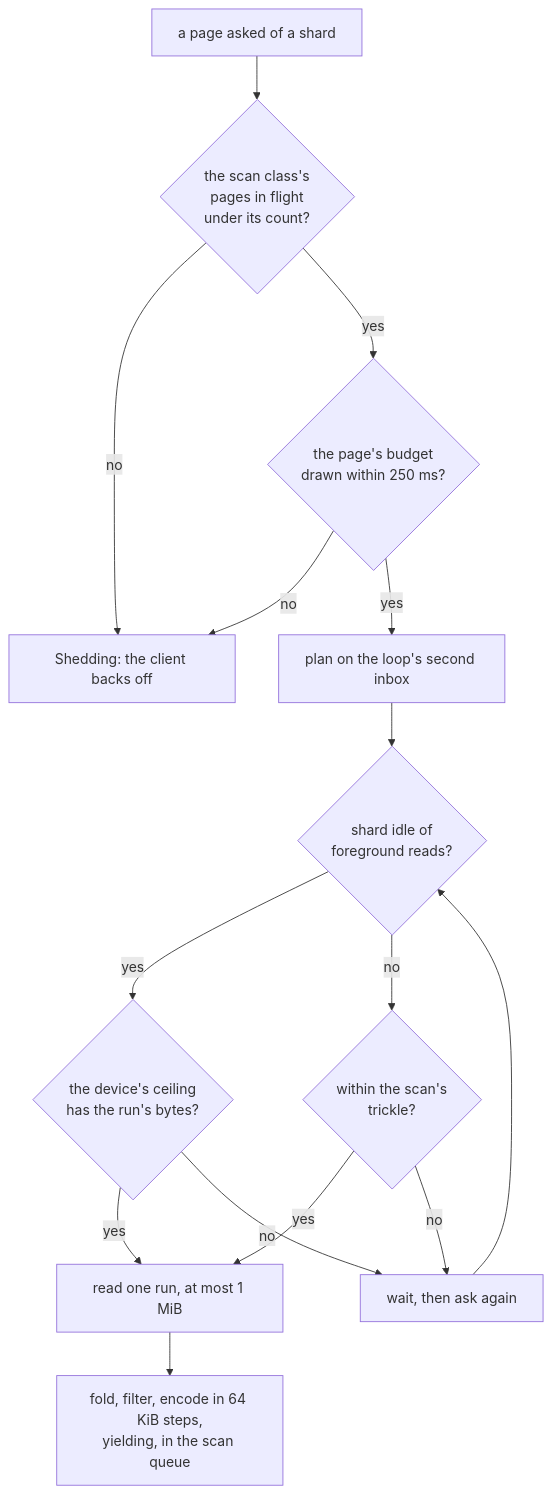
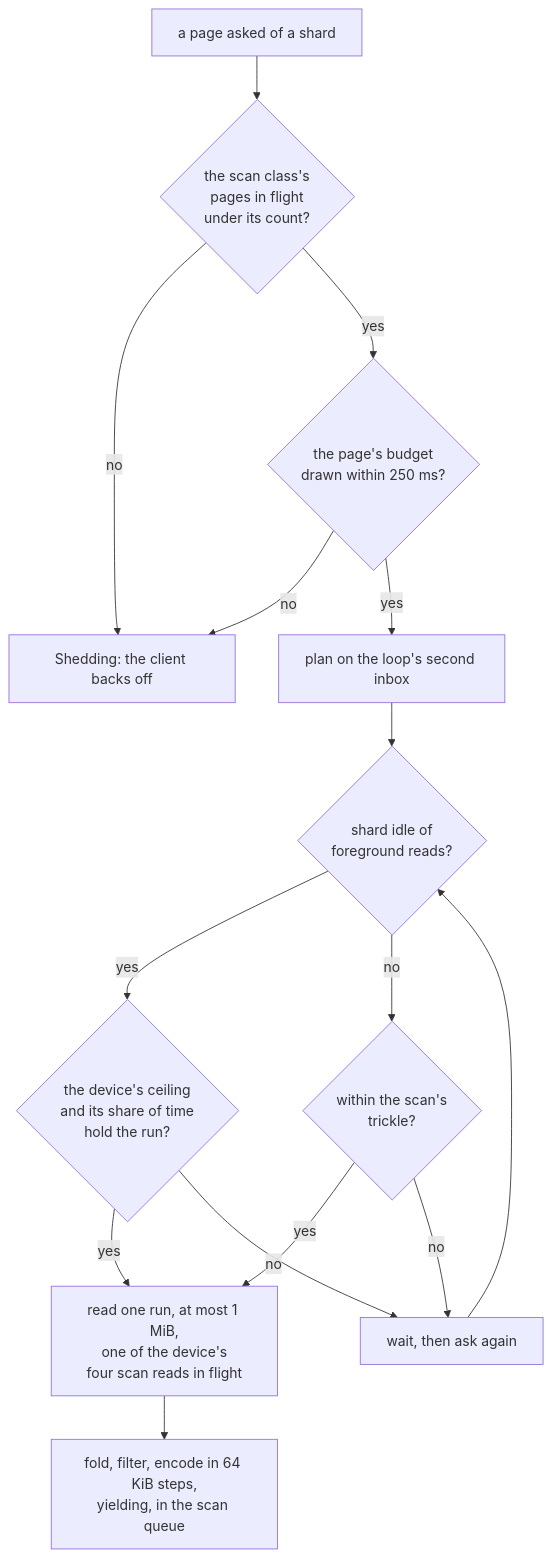
One commit to mjcarson/shoal changed the second of 2 diagrams in docs/src/future-work/scans/isolation.md. Above: the diagram before and after it, drawn with Mermaid. The commit also changed other lines of this file and 28 other files, not shown here.

````diff
--- a/docs/src/future-work/scans/isolation.md
+++ b/docs/src/future-work/scans/isolation.md
@@ -151,26 +157,26 @@
 ```mermaid
 flowchart TB
     asked["a page asked of a shard"]
     count{"the scan class's<br>pages in flight<br>under its count?"}
     draw{"the page's budget<br>drawn within 250 ms?"}
     plan["plan on the loop's second inbox"]
     idle{"shard idle of<br>foreground reads?"}
-    token{"the device's ceiling<br>has the run's bytes?"}
+    token{"the device's ceiling<br>and its share of time<br>hold the run?"}
     trickle{"within the scan's<br>trickle?"}
-    run["read one run, at most 1 MiB"]
+    run["read one run, at most 1 MiB,<br>one of the device's<br>four scan reads in flight"]
     steps["fold, filter, encode in 64 KiB steps,<br>yielding, in the scan queue"]
     shed["Shedding: the client backs off"]
     waitidle["wait, then ask again"]
     asked --> count
     count -->|no| shed
     count -->|yes| draw
     draw -->|no| shed
     draw -->|yes| plan --> idle
     idle -->|yes| token
     idle -->|no| trickle
     trickle -->|yes| run
     trickle -->|no| waitidle --> idle
     token -->|yes| run
     token -->|no| waitidle
     run --> steps
 ```
````
